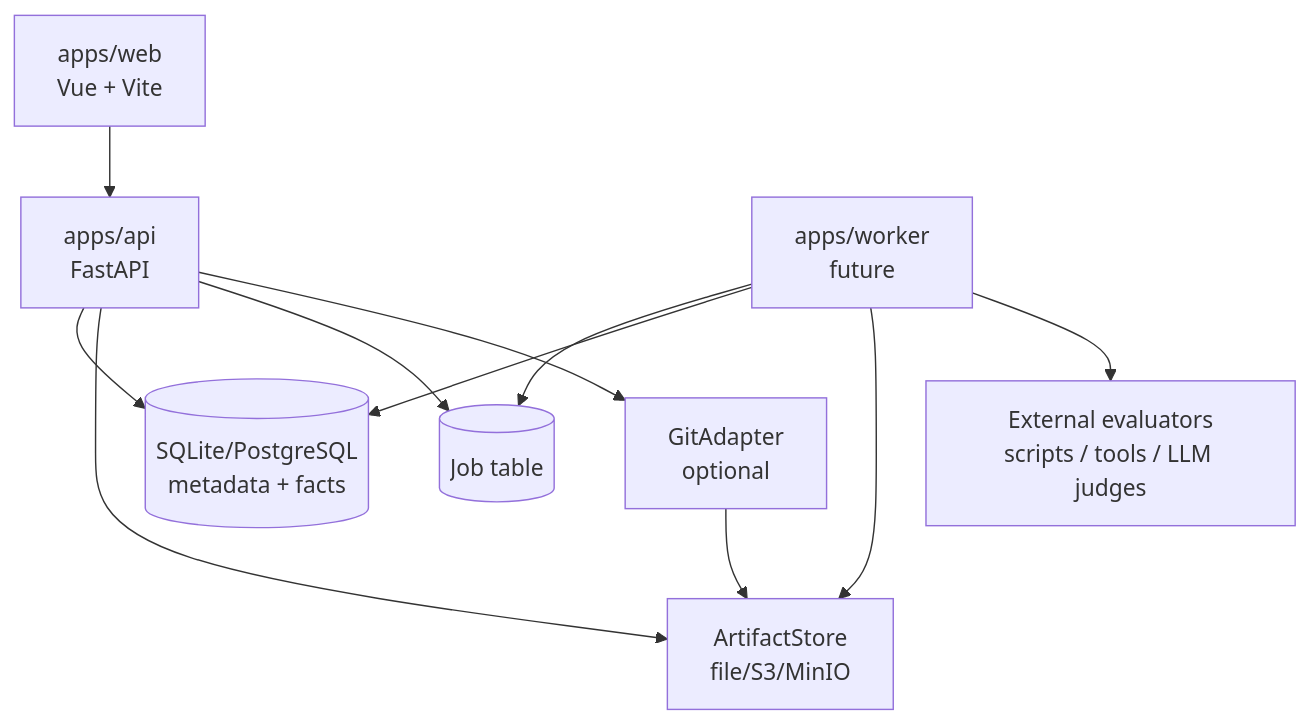
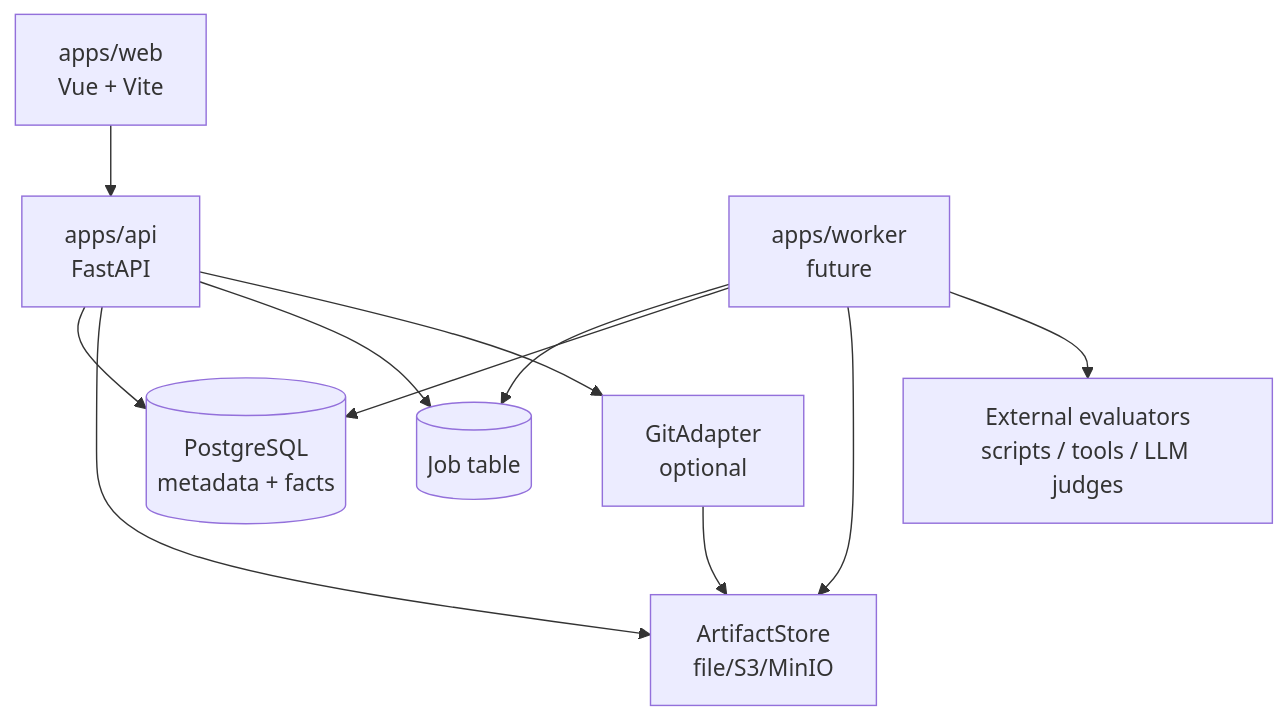
One commit to Madolkke/skills-manager changed the first of 4 diagrams in docs/architecture.md. Above: the diagram before and after it, drawn with Mermaid. The commit also changed other lines of this file and 18 other files, not shown here.

````diff
--- a/docs/architecture.md
+++ b/docs/architecture.md
@@ -25,13 +25,13 @@
 ```mermaid
 flowchart TB
   Web["apps/web\nVue + Vite"] --> API["apps/api\nFastAPI"]
-  API --> DB[("SQLite/PostgreSQL\nmetadata + facts")]
+  API --> DB[("PostgreSQL\nmetadata + facts")]
   API --> Artifacts["ArtifactStore\nfile/S3/MinIO"]
   API --> Jobs[("Job table")]
   Worker["apps/worker\nfuture"] --> Jobs
   Worker --> DB
   Worker --> Artifacts
   Worker --> External["External evaluators\nscripts / tools / LLM judges"]
   Git["GitAdapter\noptional"] --> Artifacts
   API --> Git
 ```
````
